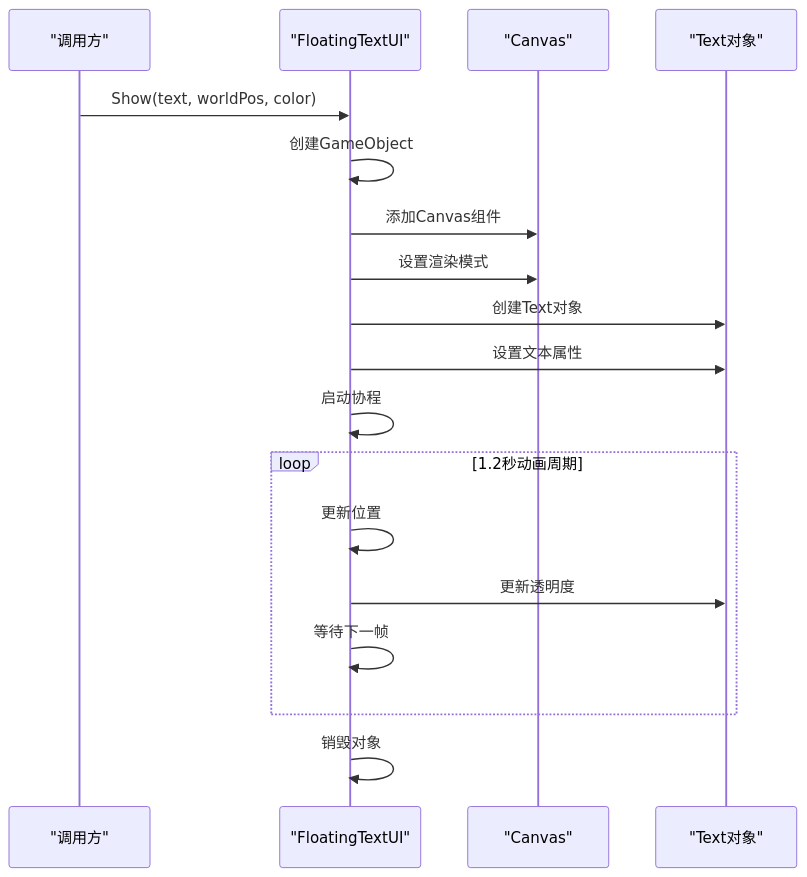
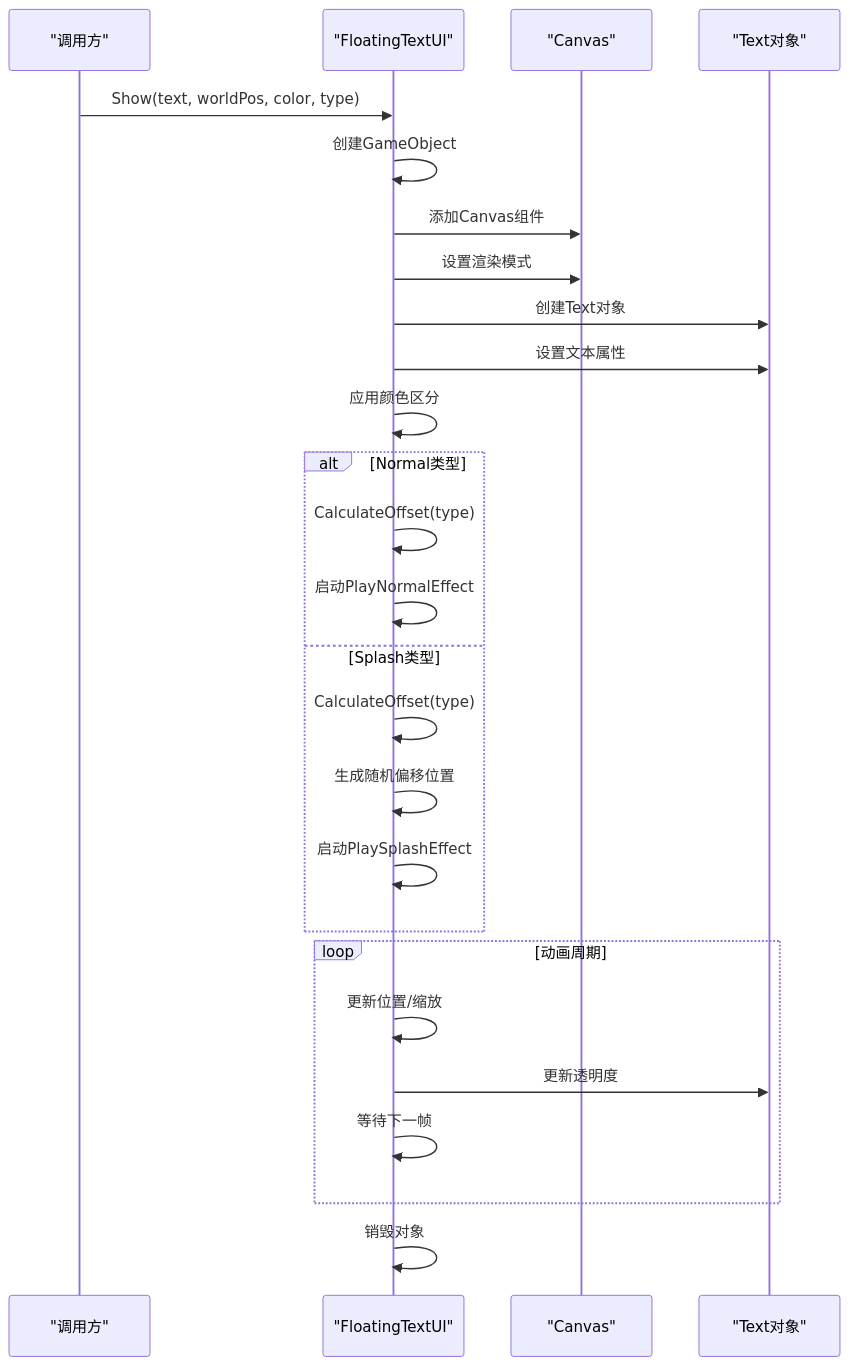
The sixth of 8 diagrams in .qoder/repowiki/zh/content/用户界面系统/战斗界面系统.md (Tuusen/p1_client), drawn with Mermaid before and after one commit. The commit also changed other lines of this file and 9 other files, not shown here.

````diff
--- a/.qoder/repowiki/zh/content/用户界面系统/战斗界面系统.md
+++ b/.qoder/repowiki/zh/content/用户界面系统/战斗界面系统.md
@@ -233,20 +276,28 @@
 ```mermaid
 sequenceDiagram
 participant Caller as "调用方"
 participant FT as "FloatingTextUI"
 participant Canvas as "Canvas"
 participant TextObj as "Text对象"
-Caller->>FT : Show(text, worldPos, color)
+Caller->>FT : Show(text, worldPos, color, type)
 FT->>FT : 创建GameObject
 FT->>Canvas : 添加Canvas组件
 FT->>Canvas : 设置渲染模式
 FT->>TextObj : 创建Text对象
 FT->>TextObj : 设置文本属性
-FT->>FT : 启动协程
-loop 1.2秒动画周期
-FT->>FT : 更新位置
+FT->>FT : 应用颜色区分
+alt Normal类型
+FT->>FT : CalculateOffset(type)
+FT->>FT : 启动PlayNormalEffect
+else Splash类型
+FT->>FT : CalculateOffset(type)
+FT->>FT : 生成随机偏移位置
+FT->>FT : 启动PlaySplashEffect
+end
+loop 动画周期
+FT->>FT : 更新位置/缩放
 FT->>TextObj : 更新透明度
 FT->>FT : 等待下一帧
 end
 FT->>FT : 销毁对象
 ```
````
